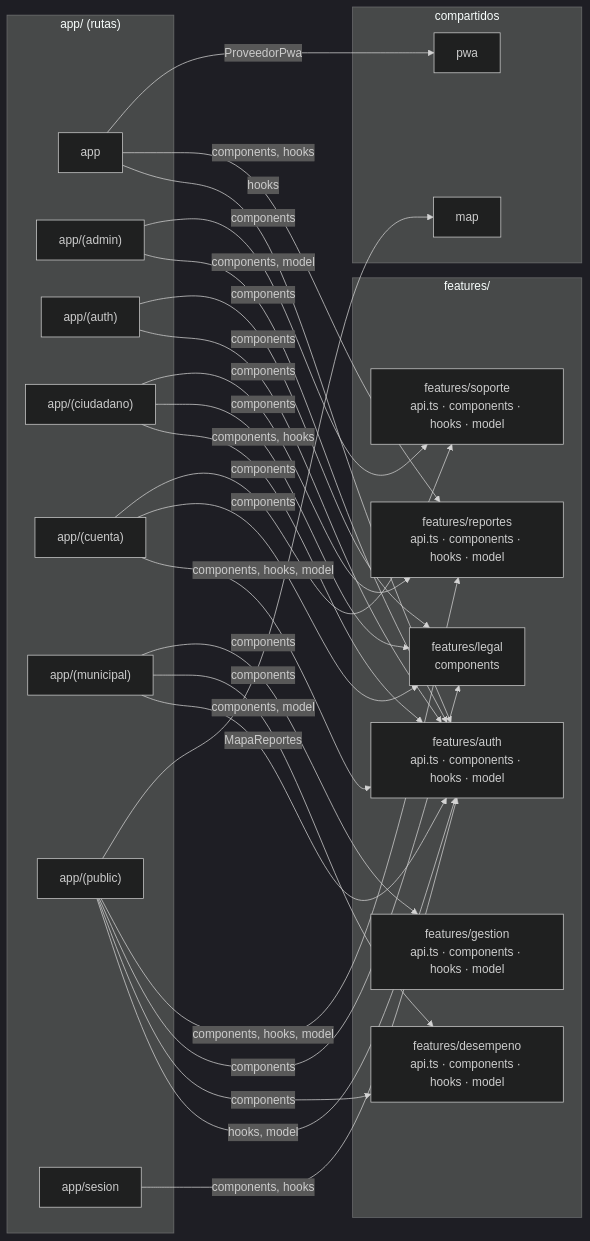
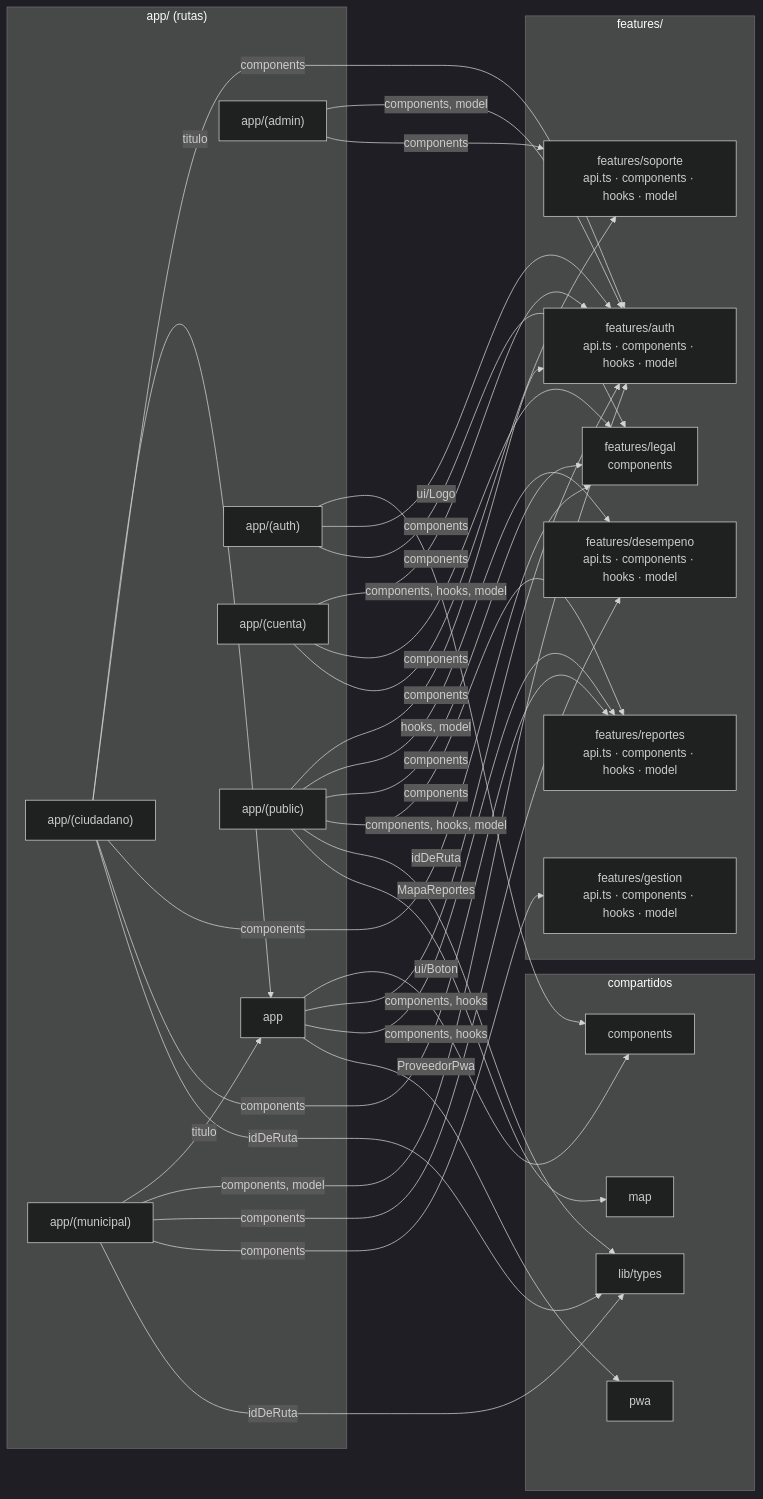
One commit to TP202620041/tesis changed the second of 3 diagrams in docs/arquitectura/modulos.md. Above: the diagram before and after it, drawn with Mermaid (dark theme). The commit also changed other lines of this file and 6 other files, not shown here.

First line of the commit message:
DOC: diagramas de arquitectura (R2 y Resend en los C4, despliegue con las decisiones aceptadas, V18 y QA-1 en los generados)

````diff
--- a/docs/arquitectura/modulos.md
+++ b/docs/arquitectura/modulos.md
@@ -88,47 +90,54 @@
 ```mermaid
 flowchart LR
   subgraph g_app_rutas["app/ (rutas)"]
     n_app["app"]
     n_app_admin["app/(admin)"]
     n_app_auth["app/(auth)"]
     n_app_ciudadano["app/(ciudadano)"]
     n_app_cuenta["app/(cuenta)"]
     n_app_municipal["app/(municipal)"]
     n_app_public["app/(public)"]
-    n_app_sesion["app/sesion"]
   end
   subgraph g_features["features/"]
     n_features_auth["features/auth<br/>api.ts · components · hooks · model"]
     n_features_desempeno["features/desempeno<br/>api.ts · components · hooks · model"]
     n_features_gestion["features/gestion<br/>api.ts · components · hooks · model"]
     n_features_legal["features/legal<br/>components"]
     n_features_reportes["features/reportes<br/>api.ts · components · hooks · model"]
     n_features_soporte["features/soporte<br/>api.ts · components · hooks · model"]
   end
   subgraph g_compartidos["compartidos"]
+    n_components["components"]
+    n_lib_types["lib/types"]
     n_map["map"]
     n_pwa["pwa"]
   end
-  n_app -->|"hooks"| n_features_auth
+  n_app -->|"ui/Boton"| n_components
+  n_app -->|"components, hooks"| n_features_auth
   n_app -->|"components, hooks"| n_features_reportes
   n_app -->|"ProveedorPwa"| n_pwa
   n_app_admin -->|"components, model"| n_features_auth
   n_app_admin -->|"components"| n_features_soporte
+  n_app_auth -->|"ui/Logo"| n_components
   n_app_auth -->|"components"| n_features_auth
   n_app_auth -->|"components"| n_features_legal
-  n_app_ciudadano -->|"components, hooks"| n_features_auth
+  n_app_ciudadano -->|"titulo"| n_app
+  n_app_ciudadano -->|"components"| n_features_auth
   n_app_ciudadano -->|"components"| n_features_legal
   n_app_ciudadano -->|"components"| n_features_reportes
+  n_app_ciudadano -->|"idDeRuta"| n_lib_types
   n_app_cuenta -->|"components, hooks, model"| n_features_auth
   n_app_cuenta -->|"components"| n_features_legal
   n_app_cuenta -->|"components"| n_features_soporte
+  n_app_municipal -->|"titulo"| n_app
   n_app_municipal -->|"components, model"| n_features_auth
   n_app_municipal -->|"components"| n_features_desempeno
   n_app_municipal -->|"components"| n_features_gestion
+  n_app_municipal -->|"idDeRuta"| n_lib_types
   n_app_public -->|"hooks, model"| n_features_auth
   n_app_public -->|"components"| n_features_desempeno
   n_app_public -->|"components"| n_features_legal
   n_app_public -->|"components, hooks, model"| n_features_reportes
+  n_app_public -->|"idDeRuta"| n_lib_types
   n_app_public -->|"MapaReportes"| n_map
-  n_app_sesion -->|"components, hooks"| n_features_auth
 ```
````
